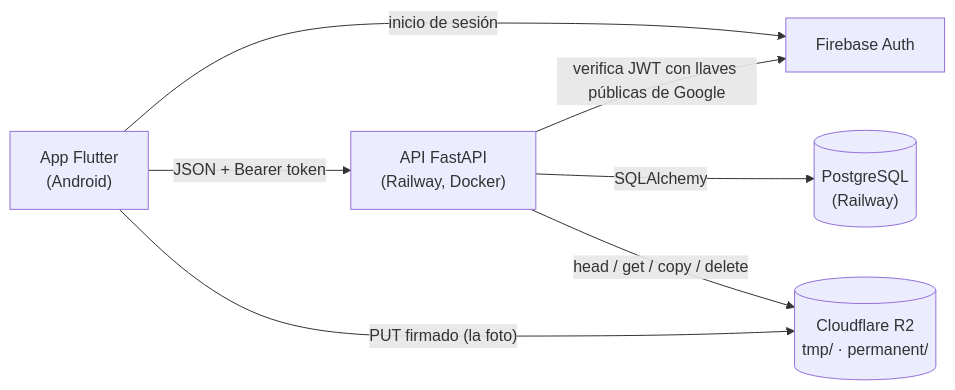
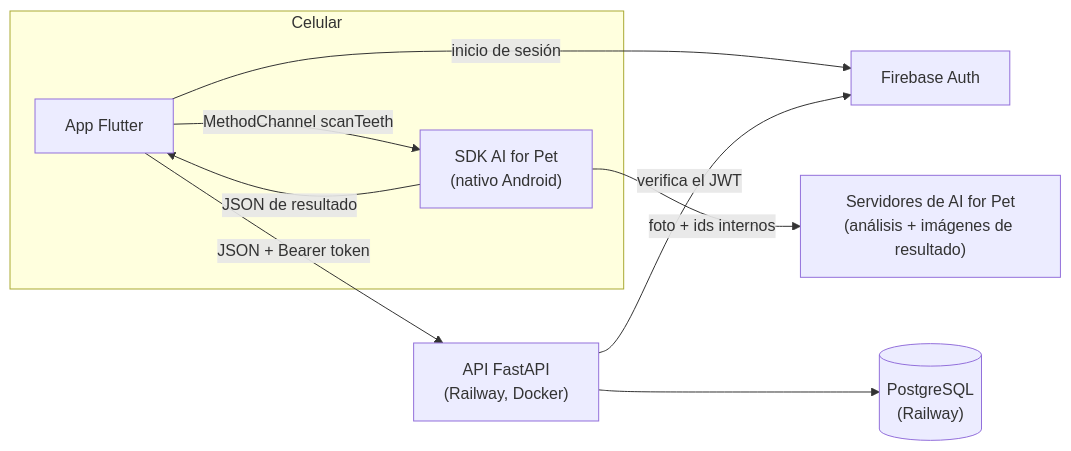
One commit to Andres766/MandiDog-IA changed the first of 2 diagrams in docs/arquitectura.md. Above: the diagram before and after it, drawn with Mermaid. The commit also changed other lines of this file and 3 other files, not shown here.

First line of the commit message:
docs: arquitectura con AI for Pet, autorización de datos y pasos actualizados

````diff
--- a/docs/arquitectura.md
+++ b/docs/arquitectura.md
@@ -8,15 +28,19 @@
 ```mermaid
 flowchart LR
-    App["App Flutter<br/>(Android)"]
+    subgraph Celular
+        App["App Flutter"]
+        SDK["SDK AI for Pet<br/>(nativo Android)"]
+    end
     FB["Firebase Auth"]
+    AFP["Servidores de AI for Pet<br/>(análisis + imágenes de resultado)"]
     API["API FastAPI<br/>(Railway, Docker)"]
     DB[("PostgreSQL<br/>(Railway)")]
-    R2[("Cloudflare R2<br/>tmp/ · permanent/")]
 
     App -- "inicio de sesión" --> FB
+    App -- "MethodChannel scanTeeth" --> SDK
+    SDK -- "foto + ids internos" --> AFP
+    SDK -- "JSON de resultado" --> App
     App -- "JSON + Bearer token" --> API
-    App -- "PUT firmado (la foto)" --> R2
-    API -- "verifica JWT con llaves públicas de Google" --> FB
-    API -- "SQLAlchemy" --> DB
-    API -- "head / get / copy / delete" --> R2
+    API -- "verifica el JWT" --> FB
+    API --> DB
 ```
````
